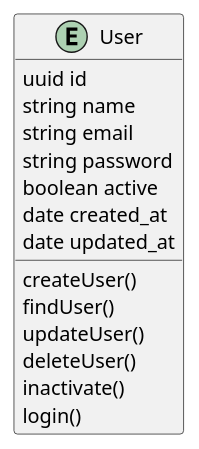
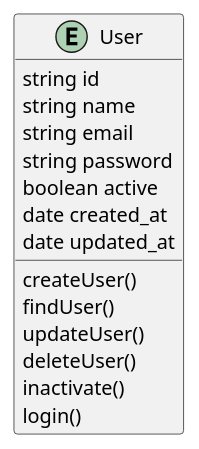
One commit to gustavovalle23/churros-microservices-fastapi changed the diagram in docs/class-diagram.puml. Above: the diagram before and after it, drawn with PlantUML. The commit also changed 7 other files, not shown here.

```diff
--- a/docs/class-diagram.puml
+++ b/docs/class-diagram.puml
@@ -1,20 +1,20 @@
 @startuml user
 
 entity User
 
-User : uuid id
+User : string id
 User : string name
 User : string email
 User : string password
 User : boolean active
 User : date created_at
 User : date updated_at
 
 User : createUser()
 User : findUser()
 User : updateUser()
 User : deleteUser()
 User : inactivate()
 User : login()
 
 @enduml
```
